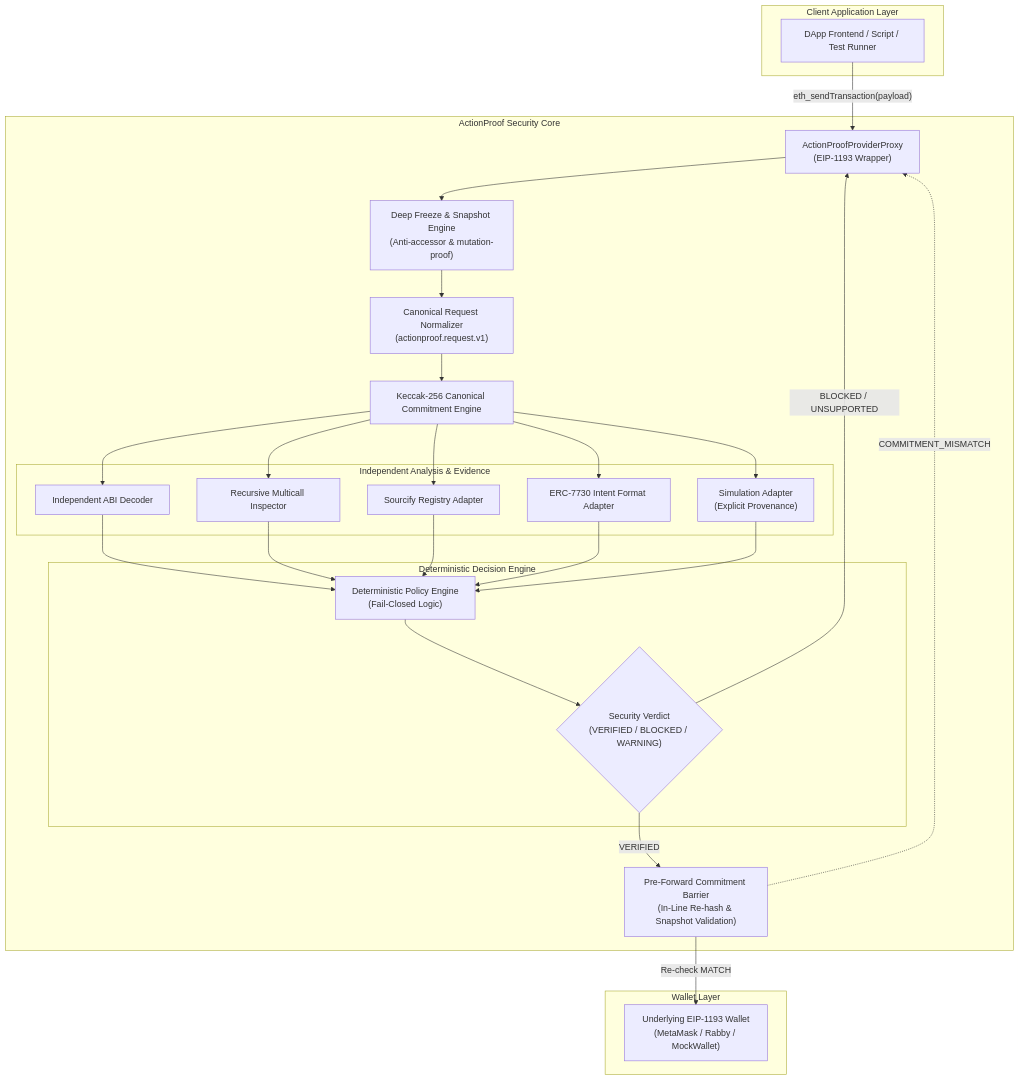
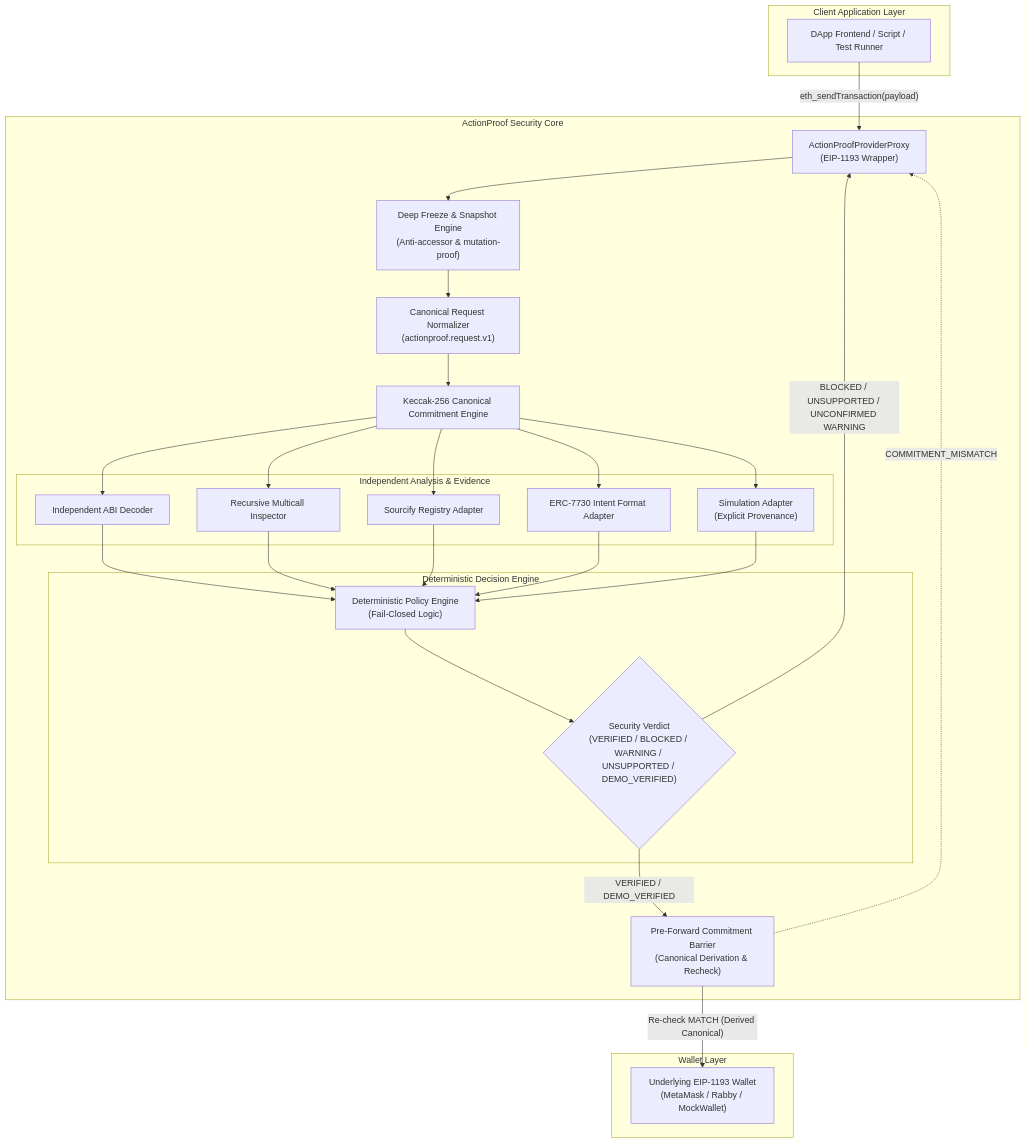
Before and after one commit to Abhi010903/ActionProofETR: the first of 6 diagrams in README.md, drawn with Mermaid. The commit also changed other lines of this file and 43 other files, not shown here.

````diff
--- a/README.md
+++ b/README.md
@@ -92,45 +92,45 @@
 ```mermaid
 flowchart TD
     subgraph Client Application Layer
         DApp["DApp Frontend / Script / Test Runner"]
     end
 
     subgraph ActionProof Security Core
         Proxy["ActionProofProviderProxy<br/>(EIP-1193 Wrapper)"]
         Snapshot["Deep Freeze & Snapshot Engine<br/>(Anti-accessor & mutation-proof)"]
         Canonicalizer["Canonical Request Normalizer<br/>(actionproof.request.v1)"]
         Commitment["Keccak-256 Canonical Commitment Engine"]
-        
+
         subgraph Independent Analysis & Evidence
             ABIDecoder["Independent ABI Decoder"]
             Multicall["Recursive Multicall Inspector"]
             Sourcify["Sourcify Registry Adapter"]
             ERC7730["ERC-7730 Intent Format Adapter"]
             Simulation["Simulation Adapter<br/>(Explicit Provenance)"]
         end
 
         subgraph Deterministic Decision Engine
             Policy["Deterministic Policy Engine<br/>(Fail-Closed Logic)"]
-            Verdict{"Security Verdict<br/>(VERIFIED / BLOCKED / WARNING)"}
+            Verdict{"Security Verdict<br/>(VERIFIED / BLOCKED / WARNING / UNSUPPORTED / DEMO_VERIFIED)"}
         end
 
-        Barrier["Pre-Forward Commitment Barrier<br/>(In-Line Re-hash & Snapshot Validation)"]
+        Barrier["Pre-Forward Commitment Barrier<br/>(Canonical Derivation & Recheck)"]
     end
 
     subgraph Wallet Layer
         Wallet["Underlying EIP-1193 Wallet<br/>(MetaMask / Rabby / MockWallet)"]
     end
 
     DApp -->|"eth_sendTransaction(payload)"| Proxy
     Proxy --> Snapshot
     Snapshot --> Canonicalizer
     Canonicalizer --> Commitment
     Commitment --> ABIDecoder & Multicall & Sourcify & ERC7730 & Simulation
     ABIDecoder & Multicall & Sourcify & ERC7730 & Simulation --> Policy
     Policy --> Verdict
 
-    Verdict -->|"VERIFIED"| Barrier
-    Verdict -->|"BLOCKED / UNSUPPORTED"| Proxy
-    Barrier -->|"Re-check MATCH"| Wallet
+    Verdict -->|"VERIFIED / DEMO_VERIFIED"| Barrier
+    Verdict -->|"BLOCKED / UNSUPPORTED / UNCONFIRMED WARNING"| Proxy
+    Barrier -->|"Re-check MATCH (Derived Canonical)"| Wallet
     Barrier -.->|"COMMITMENT_MISMATCH"| Proxy
 ```
````
